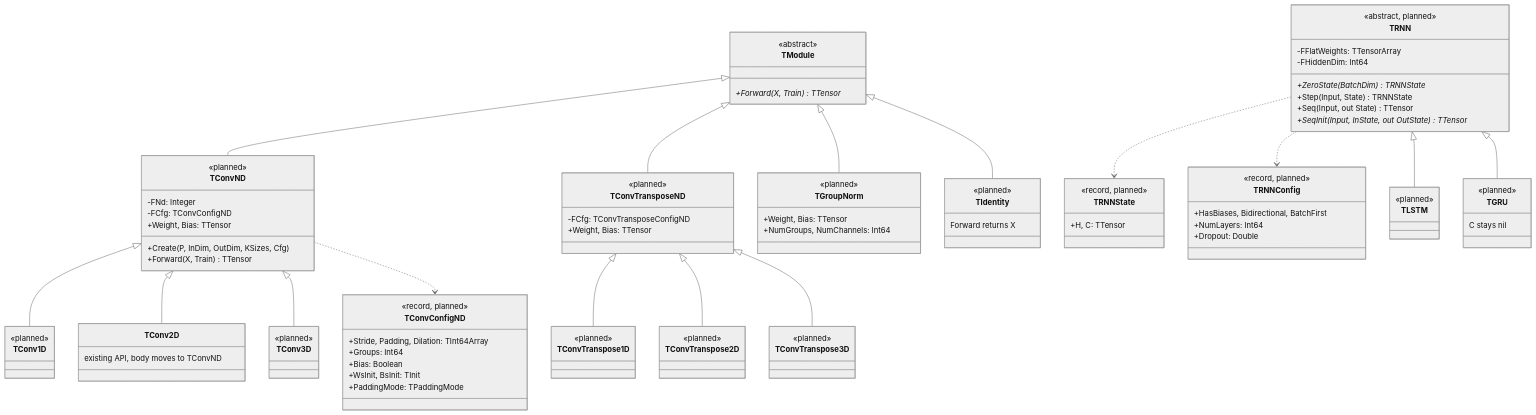
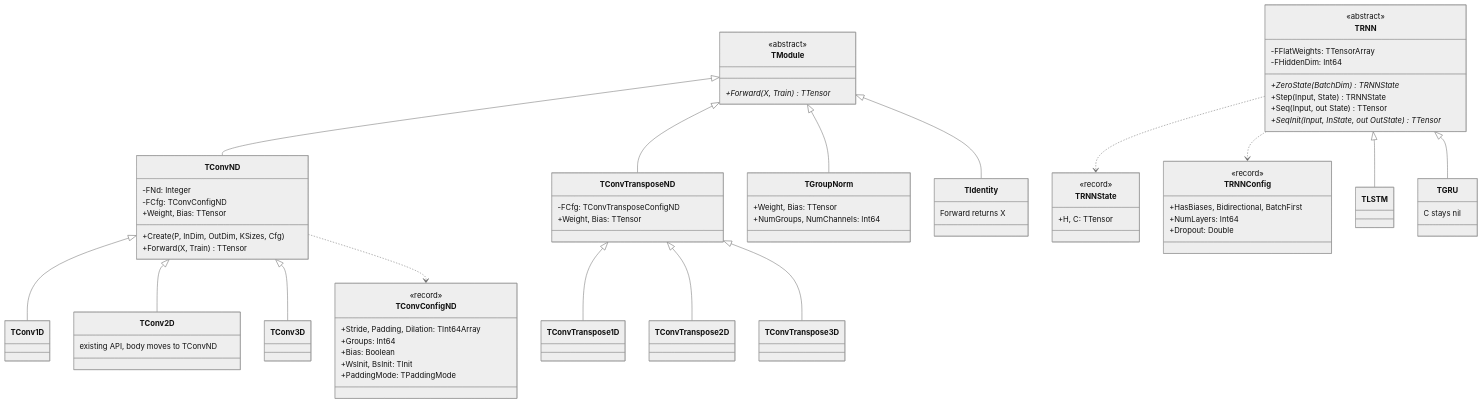
One commit to tankoha/tch-fpc changed the fourth of 8 diagrams in docs/UML.md. Above: the diagram before and after it, drawn with Mermaid (neutral theme). The commit also changed other lines of this file and 7 other files, not shown here.

```diff
--- a/docs/UML.md
+++ b/docs/UML.md
@@ -276,7 +276,7 @@
     +Forward(X, Train) TTensor*
   }
   class TConvConfigND {
-    <<record, planned>>
+    <<record>>
     +Stride, Padding, Dilation: TInt64Array
     +Groups: Int64
     +Bias: Boolean
@@ -284,7 +284,6 @@
     +PaddingMode: TPaddingMode
   }
   class TConvND {
-    <<planned>>
     -FNd: Integer
     -FCfg: TConvConfigND
     +Weight, Bias: TTensor
@@ -292,49 +291,41 @@
     +Forward(X, Train) TTensor
   }
   class TConv1D {
-    <<planned>>
   }
   class TConv2D {
     existing API, body moves to TConvND
   }
   class TConv3D {
-    <<planned>>
   }
   class TConvTransposeND {
-    <<planned>>
     -FCfg: TConvTransposeConfigND
     +Weight, Bias: TTensor
   }
   class TConvTranspose1D {
-    <<planned>>
   }
   class TConvTranspose2D {
-    <<planned>>
   }
   class TConvTranspose3D {
-    <<planned>>
   }
   class TGroupNorm {
-    <<planned>>
     +Weight, Bias: TTensor
     +NumGroups, NumChannels: Int64
   }
   class TIdentity {
-    <<planned>>
     Forward returns X
   }
   class TRNNState {
-    <<record, planned>>
+    <<record>>
     +H, C: TTensor
   }
   class TRNNConfig {
-    <<record, planned>>
+    <<record>>
     +HasBiases, Bidirectional, BatchFirst
     +NumLayers: Int64
     +Dropout: Double
   }
   class TRNN {
-    <<abstract, planned>>
+    <<abstract>>
     -FFlatWeights: TTensorArray
     -FHiddenDim: Int64
     +ZeroState(BatchDim) TRNNState*
@@ -343,10 +334,8 @@
     +SeqInit(Input, InState, out OutState) TTensor*
   }
   class TLSTM {
-    <<planned>>
   }
   class TGRU {
-    <<planned>>
     C stays nil
   }
   TModule <|-- TConvND
```
